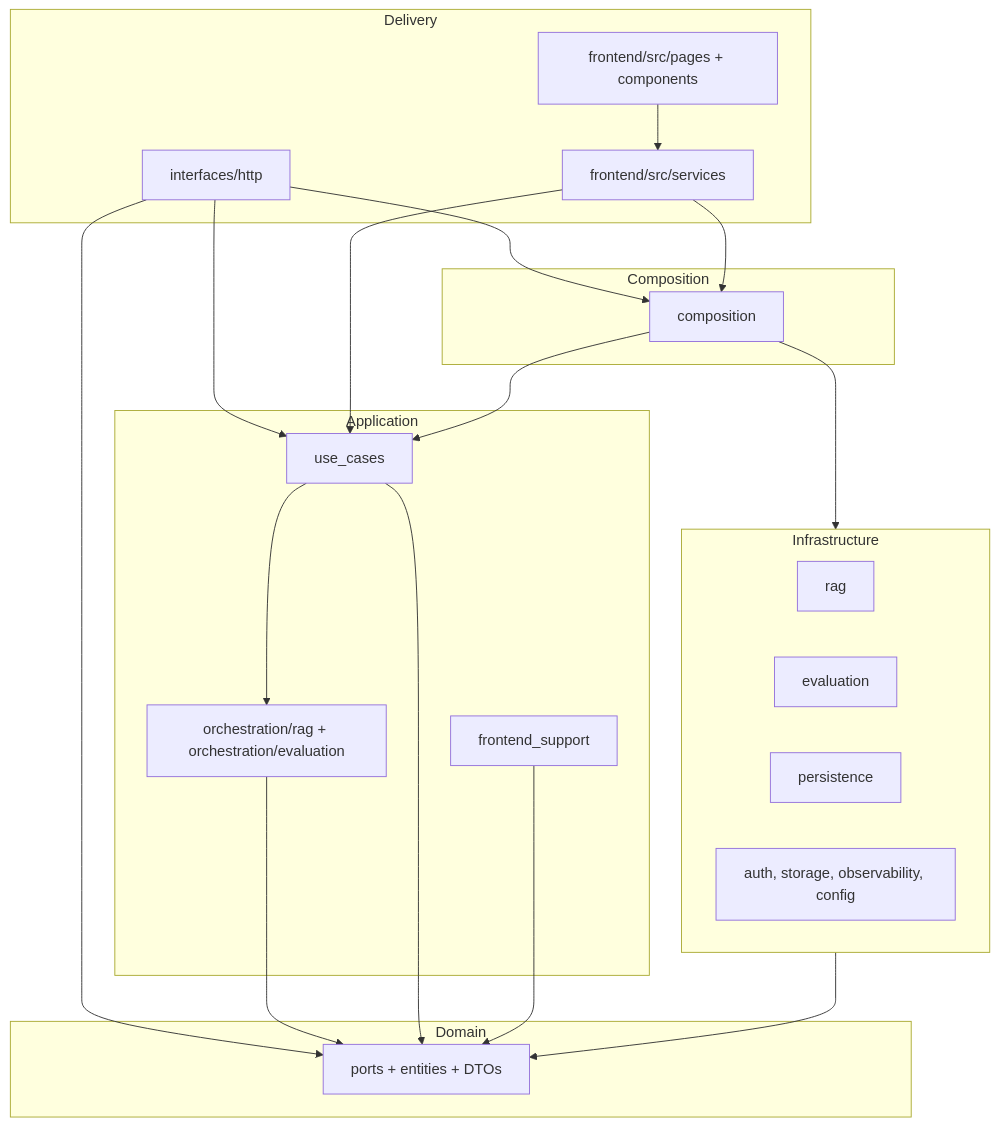
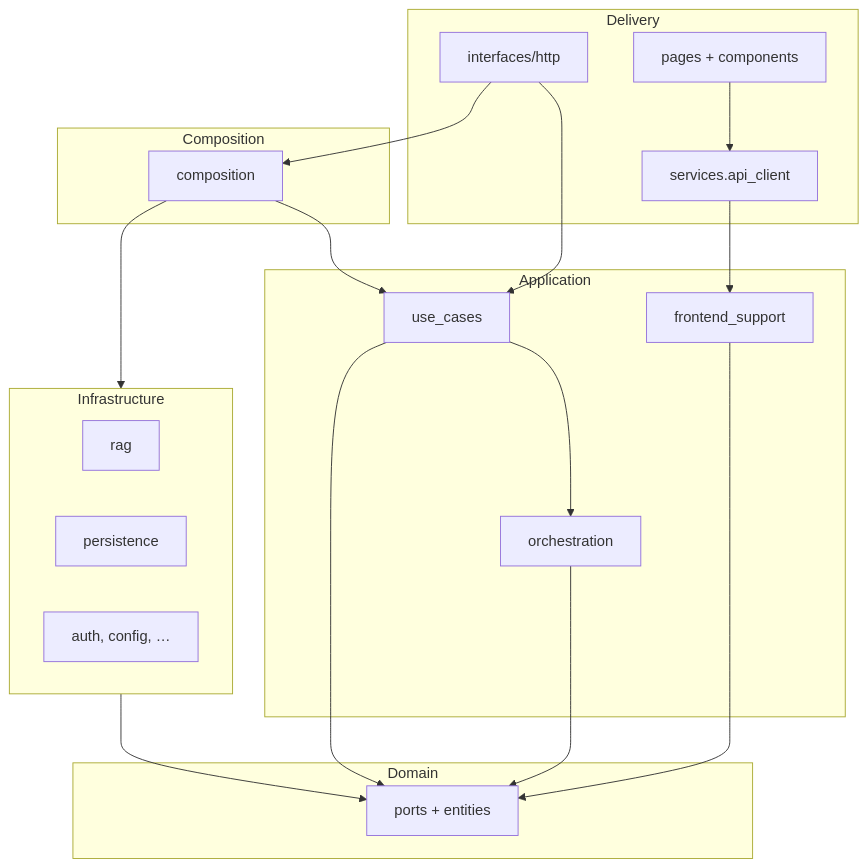
One commit to amosbangmo/ragcraft changed the diagram in docs/architecture.md. Above: the diagram before and after it, drawn with Mermaid. The commit also changed other lines of this file and 4 other files, not shown here.

First line of the commit message:
docs(final): align docs with final architecture

````diff
--- a/docs/architecture.md
+++ b/docs/architecture.md
@@ -126,38 +107,35 @@
 ```mermaid
 flowchart TB
   subgraph delivery["Delivery"]
     HTTP["interfaces/http"]
-    SVC["frontend/src/services"]
-    UI["frontend/src/pages + components"]
+    AC["services.api_client"]
+    UI["pages + components"]
   end
   subgraph comp["Composition"]
     COMP["composition"]
   end
   subgraph app["Application"]
     UC["use_cases"]
-    ORCH["orchestration/rag + orchestration/evaluation"]
+    ORCH["orchestration"]
     FS["frontend_support"]
   end
   subgraph dom["Domain"]
-    PORTS["ports + entities + DTOs"]
+    PORTS["ports + entities"]
   end
   subgraph infra["Infrastructure"]
     RAG["rag"]
-    EVAL["evaluation"]
     PERS["persistence"]
-    OTHER["auth, storage, observability, config"]
+    OTHER["auth, config, …"]
   end
   HTTP --> UC
   HTTP --> COMP
-  HTTP --> PORTS
-  SVC --> UC
-  SVC --> COMP
-  UI --> SVC
+  AC --> FS
+  UI --> AC
   COMP --> UC
   COMP --> infra
   UC --> ORCH
   ORCH --> PORTS
   UC --> PORTS
   infra --> PORTS
   FS --> PORTS
 ```
````
